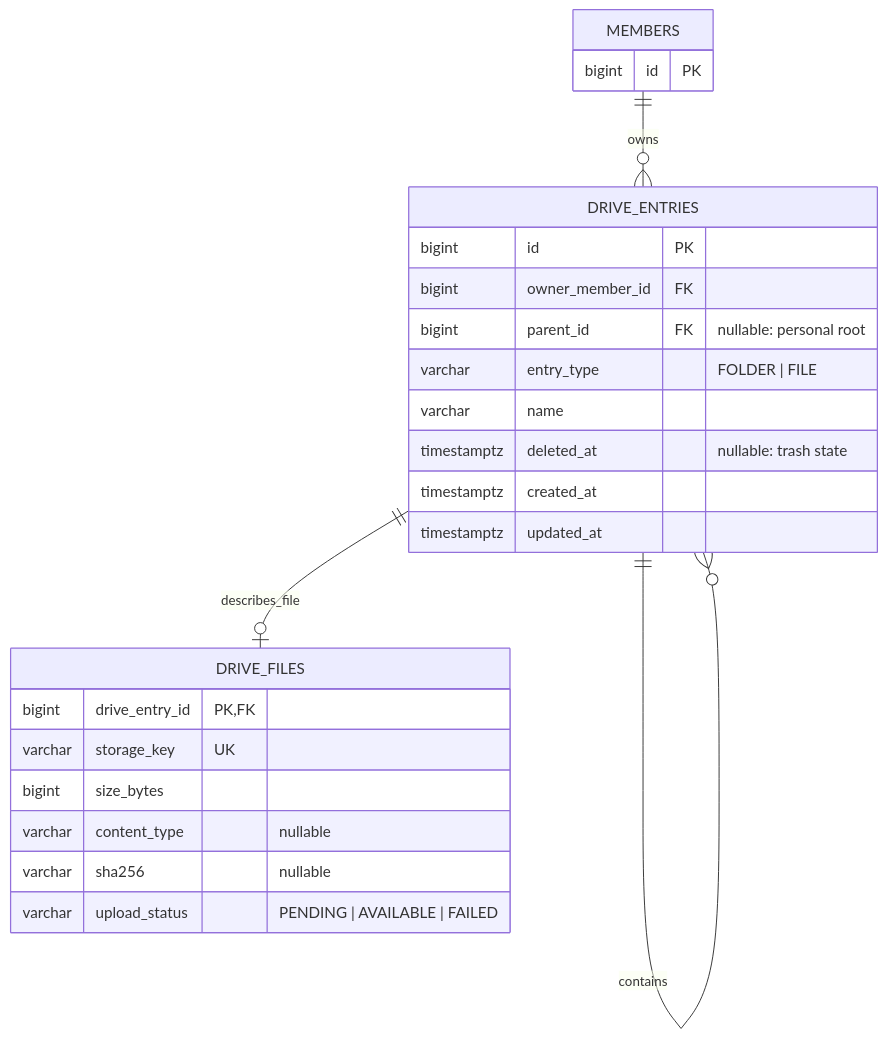
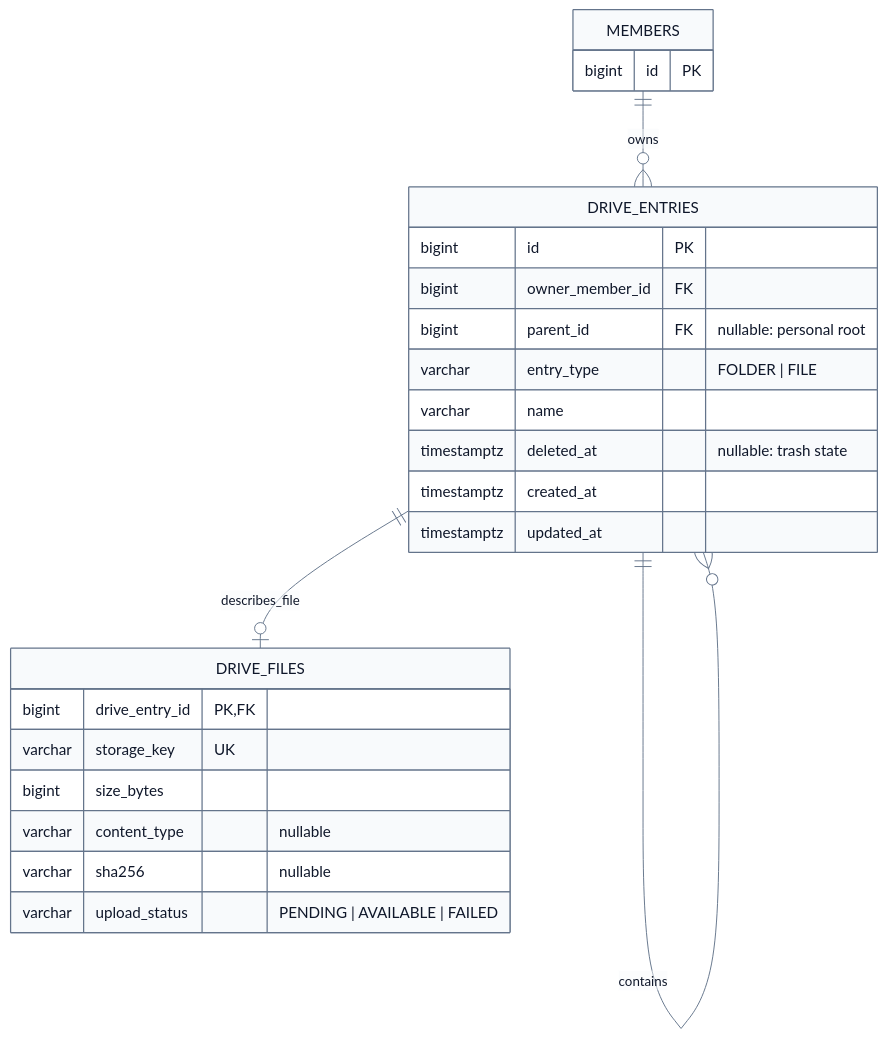
The diagram in docs/services/naru-drive/mvp-domain-model.md (HoBaeBang/naruworks-platform), drawn with Mermaid before and after one commit.

Commit message:
Drive ERD 대비를 높인다

````diff
--- a/docs/services/naru-drive/mvp-domain-model.md
+++ b/docs/services/naru-drive/mvp-domain-model.md
@@ -17,30 +17,35 @@
 ```mermaid
+%%{init: {'theme': 'base', 'themeVariables': {'primaryColor': '#f8fafc', 'primaryTextColor': '#0f172a', 'primaryBorderColor': '#64748b', 'lineColor': '#64748b', 'tertiaryColor': '#f8fafc'}}}%%
 erDiagram
     MEMBERS ||--o{ DRIVE_ENTRIES : owns
     DRIVE_ENTRIES ||--o| DRIVE_FILES : describes_file
     DRIVE_ENTRIES ||--o{ DRIVE_ENTRIES : contains
 
     MEMBERS {
         bigint id PK
     }
 
     DRIVE_ENTRIES {
         bigint id PK
         bigint owner_member_id FK
         bigint parent_id FK "nullable: personal root"
         varchar entry_type "FOLDER | FILE"
         varchar name
         timestamptz deleted_at "nullable: trash state"
         timestamptz created_at
         timestamptz updated_at
     }
 
     DRIVE_FILES {
         bigint drive_entry_id PK, FK
         varchar storage_key UK
         bigint size_bytes
         varchar content_type "nullable"
         varchar sha256 "nullable"
         varchar upload_status "PENDING | AVAILABLE | FAILED"
     }
+
+    style MEMBERS fill:#f8fafc,stroke:#64748b,color:#0f172a
+    style DRIVE_ENTRIES fill:#f8fafc,stroke:#64748b,color:#0f172a
+    style DRIVE_FILES fill:#f8fafc,stroke:#64748b,color:#0f172a
 ```
````
